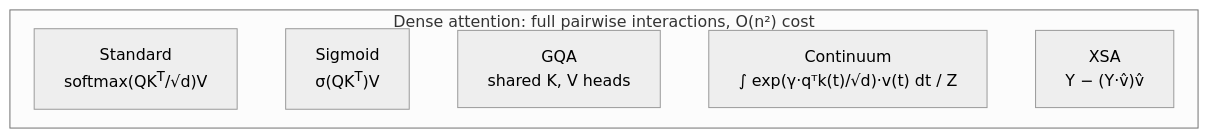
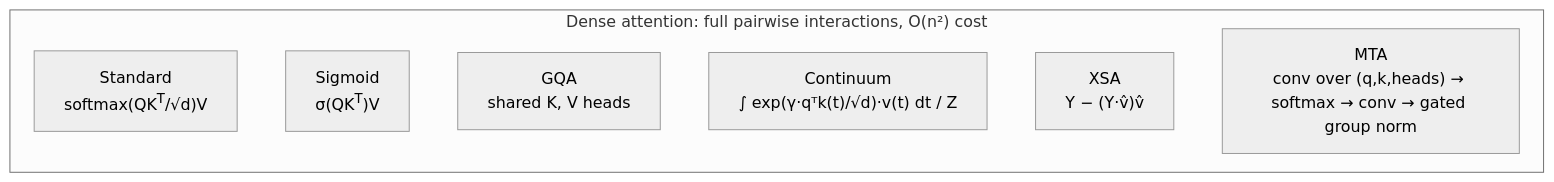
One commit to erickfmm/frankenstein-transformer changed the diagram in docs/paper/figures/dense-map.mmd. Above: the diagram before and after it, drawn with Mermaid. The commit also changed 45 other files, not shown here.

```diff
--- a/docs/paper/figures/dense-map.mmd
+++ b/docs/paper/figures/dense-map.mmd
@@ -1,10 +1,11 @@
 %%{init: {"theme":"neutral","flowchart":{"curve":"basis","nodeSpacing":18,"rankSpacing":24,"useMaxWidth":false,"wrappingWidth":240}}}%%
 flowchart TD
   subgraph dense["Dense attention: full pairwise interactions, O(n²) cost"]
     standard["Standard<br/>softmax(QK<sup>T</sup>/√d)V"]
     sigmoid["Sigmoid<br/>σ(QK<sup>T</sup>)V"]
     gqa["GQA<br/>shared K, V heads"]
     ca["Continuum<br/>∫ exp(γ·qᵀk(t)/√d)·v(t) dt / Z"]
     xsa["XSA<br/>Y − (Y·v̂)v̂"]
-    standard ~~~ sigmoid ~~~ gqa ~~~ ca ~~~ xsa
+    mta["MTA<br/>conv over (q,k,heads) → softmax → conv → gated group norm"]
+    standard ~~~ sigmoid ~~~ gqa ~~~ ca ~~~ xsa ~~~ mta
   end
```
